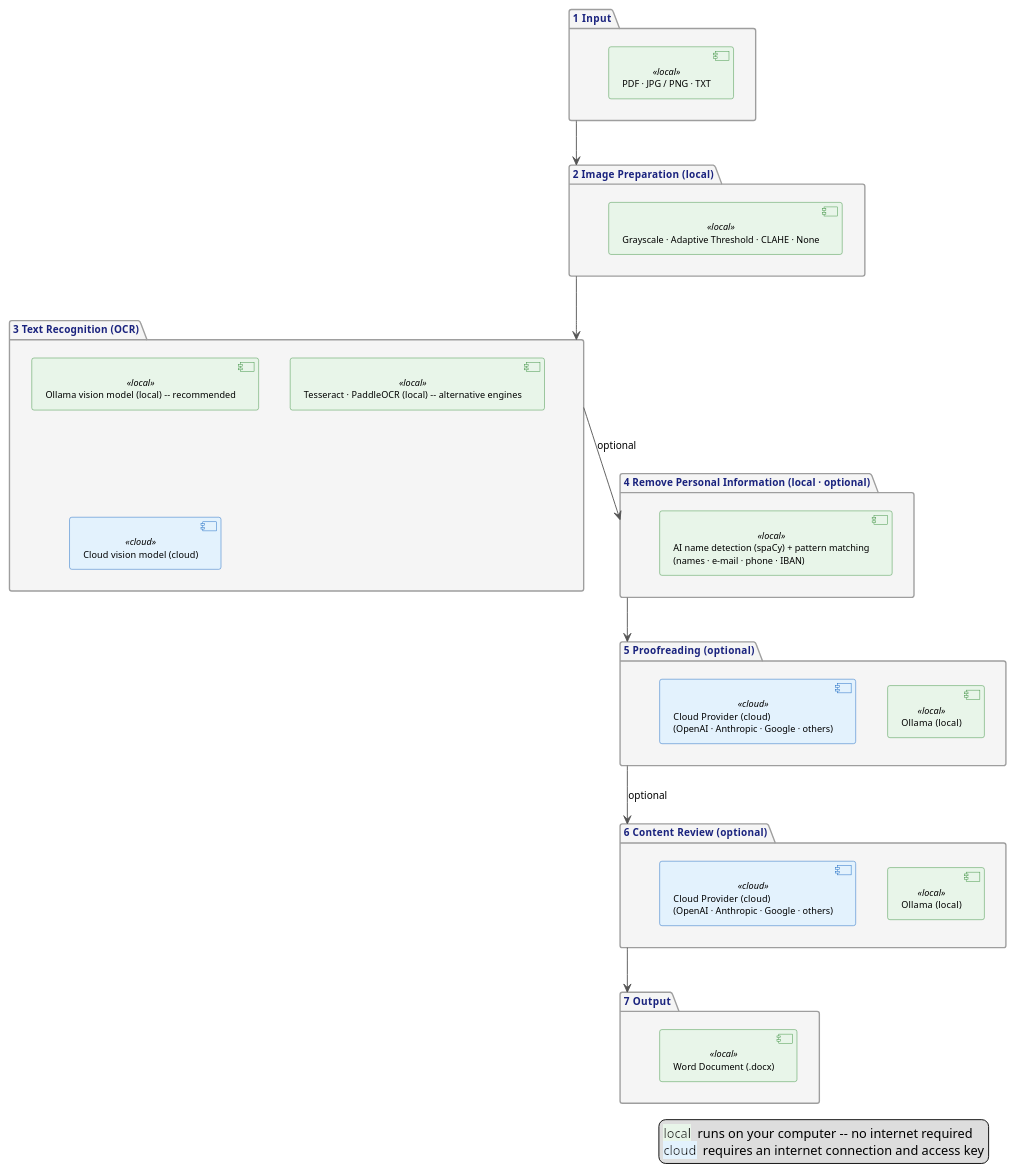
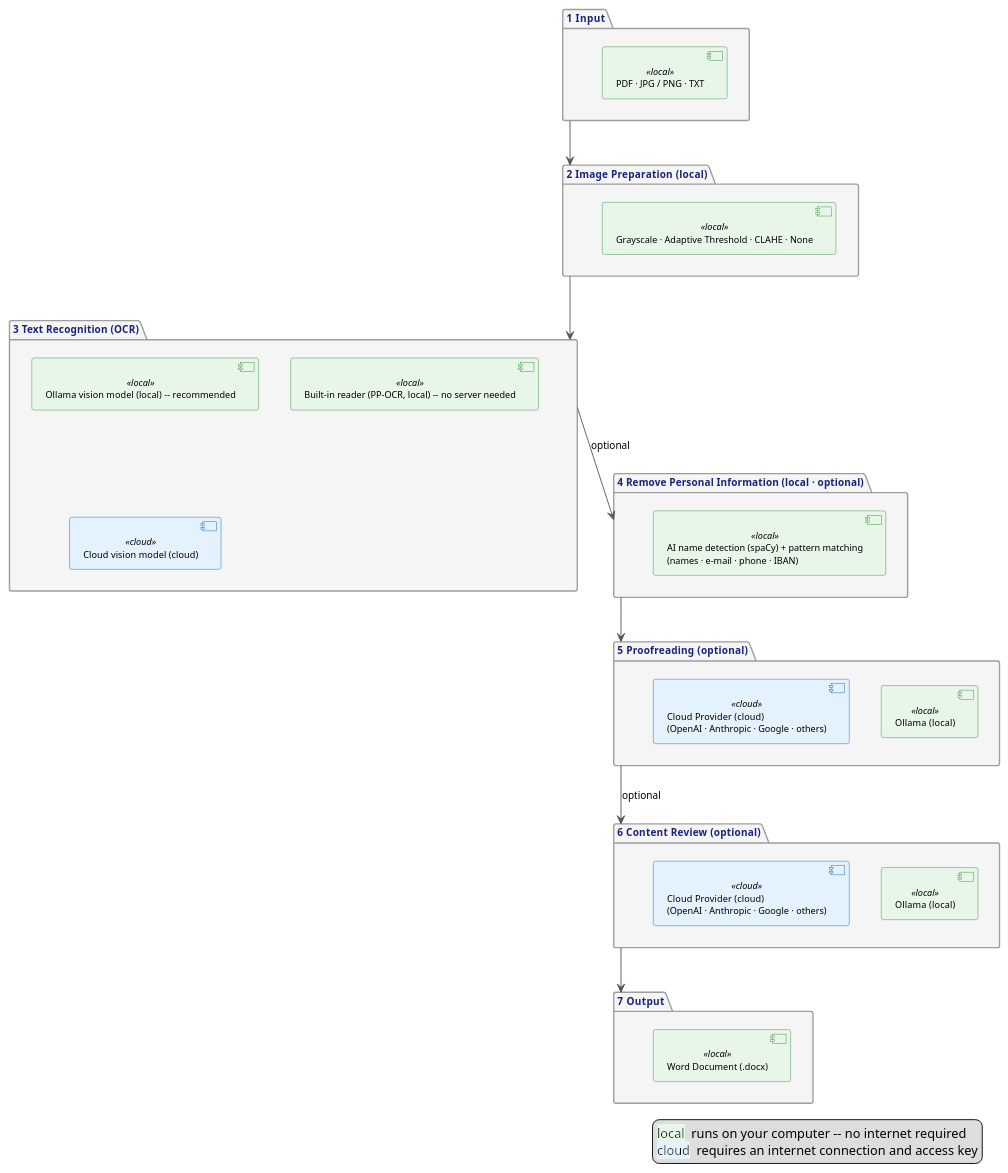
The diagram in docs/assets/pipeline_stages.puml (JoHoenk/teachers-teammate), drawn with PlantUML before and after one commit. The commit also changed 148 other files, not shown here.

```diff
--- a/docs/assets/pipeline_stages.puml
+++ b/docs/assets/pipeline_stages.puml
@@ -1,85 +1,85 @@
 @startuml Teacher's Teammate -- Processing Pipeline
 top to bottom direction
 skinparam defaultFontSize 11
 skinparam shadowing false
 skinparam arrowColor #555555
 
 skinparam package {
   BackgroundColor #F5F5F5
   BorderColor #9E9E9E
   FontColor #1A237E
   FontStyle bold
   Padding 8
 }
 
 skinparam component {
   BackgroundColor #FFFFFF
   BorderColor #90A4AE
   FontSize 10
 }
 
 skinparam component<<local>> {
   BackgroundColor #E8F5E9
   BorderColor #388E3C
   FontSize 10
 }
 
 skinparam component<<cloud>> {
   BackgroundColor #E3F2FD
   BorderColor #1565C0
   FontSize 10
 }
 
 ' Stage 1: Input
 package "1  Input" as S_IN {
   component "PDF · JPG / PNG · TXT" as IN <<local>>
 }
 
 ' Stage 2: Image Preparation
 package "2  Image Preparation  (local)" as S_PRE {
   component "Grayscale · Adaptive Threshold · CLAHE · None" as PRE <<local>>
 }
 
 ' Stage 3: Text Recognition (OCR)
 package "3  Text Recognition (OCR)" as S_OCR {
   component "Ollama vision model  (local) -- recommended" as OCR_OL <<local>>
-  component "Tesseract · PaddleOCR  (local) -- alternative engines" as OCR_ALT <<local>>
+  component "Built-in reader (PP-OCR, local) -- no server needed" as OCR_ALT <<local>>
   component "Cloud vision model  (cloud)" as OCR_CL <<cloud>>
 }
 
 ' Stage 4: Remove Personal Information (optional)
 package "4  Remove Personal Information  (local · optional)" as S_AN {
   component "AI name detection (spaCy) + pattern matching\n(names · e-mail · phone · IBAN)" as AN <<local>>
 }
 
 ' Stage 5: Proofreading (optional)
 package "5  Proofreading  (optional)" as S_CO {
   component "Ollama  (local)" as CO_OL <<local>>
   component "Cloud Provider  (cloud)\n(OpenAI · Anthropic · Google · others)" as CO_CLD <<cloud>>
 }
 
 ' Stage 6: Content Review (optional)
 package "6  Content Review  (optional)" as S_EV {
   component "Ollama  (local)" as EV_OL <<local>>
   component "Cloud Provider  (cloud)\n(OpenAI · Anthropic · Google · others)" as EV_CLD <<cloud>>
 }
 
 ' Stage 7: Output
 package "7  Output" as S_OUT {
   component "Word Document (.docx)" as OUT <<local>>
 }
 
 ' Pipeline flow
 S_IN  -down-> S_PRE
 S_PRE -down-> S_OCR
 S_OCR -down-> S_AN  : optional
 S_AN  -down-> S_CO
 S_CO  -down-> S_EV  : optional
 S_EV  -down-> S_OUT
 
 legend right
   <back:#E8F5E9>local</back>  runs on your computer -- no internet required
   <back:#E3F2FD>cloud</back>  requires an internet connection and access key
 endlegend
 
 @enduml
```
